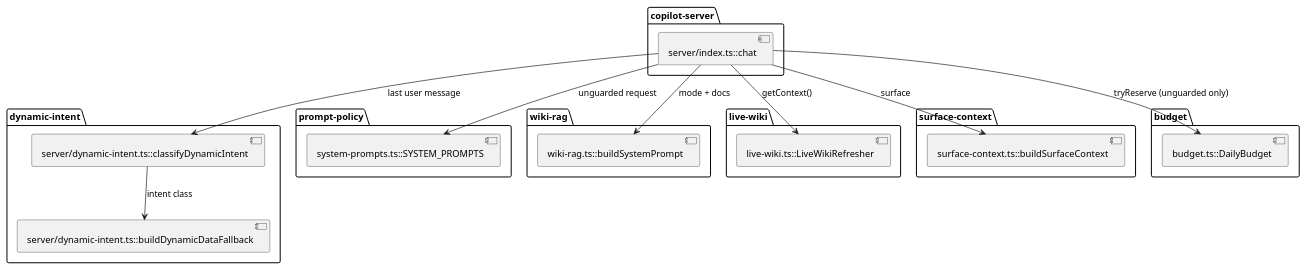
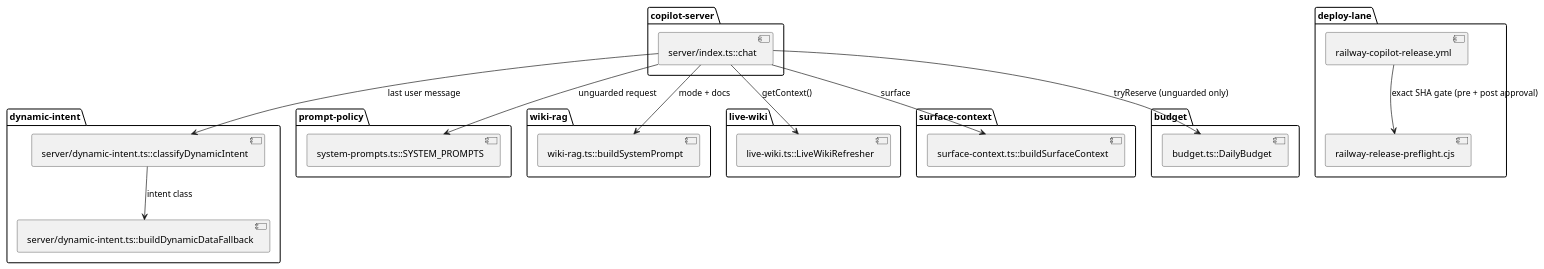
One commit to NeaBouli/inferno changed the seventh of 7 diagrams in docs/architecture/map.puml. Above: the diagram before and after it, drawn with PlantUML. The commit also changed other lines of this file and 10 other files, not shown here.

First line of the commit message:
feat: add manual exact-SHA Railway release gate for ai-copilot

```diff
--- a/docs/architecture/map.puml
+++ b/docs/architecture/map.puml
@@ -158,31 +161,36 @@
 @startuml
 package "copilot-server" {
   [server/index.ts::chat]
 }
 package "dynamic-intent" {
   [server/dynamic-intent.ts::classifyDynamicIntent]
   [server/dynamic-intent.ts::buildDynamicDataFallback]
 }
 package "prompt-policy" {
   [system-prompts.ts::SYSTEM_PROMPTS]
 }
 package "wiki-rag" {
   [wiki-rag.ts::buildSystemPrompt]
 }
 package "live-wiki" {
   [live-wiki.ts::LiveWikiRefresher]
 }
 package "surface-context" {
   [surface-context.ts::buildSurfaceContext]
 }
 package "budget" {
   [budget.ts::DailyBudget]
 }
+package "deploy-lane" {
+  [railway-copilot-release.yml]
+  [railway-release-preflight.cjs]
+}
 [server/index.ts::chat] --> [server/dynamic-intent.ts::classifyDynamicIntent] : last user message
 [server/dynamic-intent.ts::classifyDynamicIntent] --> [server/dynamic-intent.ts::buildDynamicDataFallback] : intent class
 [server/index.ts::chat] --> [system-prompts.ts::SYSTEM_PROMPTS] : unguarded request
 [server/index.ts::chat] --> [wiki-rag.ts::buildSystemPrompt] : mode + docs
 [server/index.ts::chat] --> [live-wiki.ts::LiveWikiRefresher] : getContext()
 [server/index.ts::chat] --> [surface-context.ts::buildSurfaceContext] : surface
 [server/index.ts::chat] --> [budget.ts::DailyBudget] : tryReserve (unguarded only)
+[railway-copilot-release.yml] --> [railway-release-preflight.cjs] : exact SHA gate (pre + post approval)
 @enduml
```
